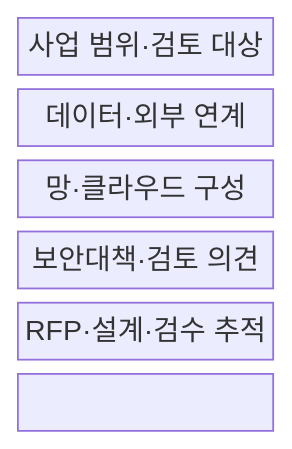
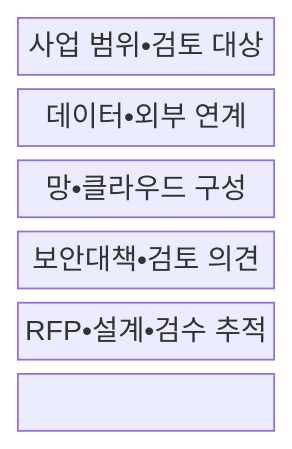
Before and after one commit to agnusdei1207/knowledge-base: the first of 2 diagrams in src/content/docs/notes/05-security/117_nis_security_review.md, drawn with Mermaid. The commit also changed other lines of this file and 953 other files, not shown here.

````diff
--- a/src/content/docs/notes/05-security/117_nis_security_review.md
+++ b/src/content/docs/notes/05-security/117_nis_security_review.md
@@ -65,11 +65,11 @@
 ```mermaid
 block-beta
   columns 1
-  B["사업 범위·검토 대상"]
-  D["데이터·외부 연계"]
-  N["망·클라우드 구성"]
-  S["보안대책·검토 의견"]
-  T["RFP·설계·검수 추적"]
+  B["사업 범위•검토 대상"]
+  D["데이터•외부 연계"]
+  N["망•클라우드 구성"]
+  S["보안대책•검토 의견"]
+  T["RFP•설계•검수 추적"]
   B --- D --- N
   N --- S --- T
 ```
````
